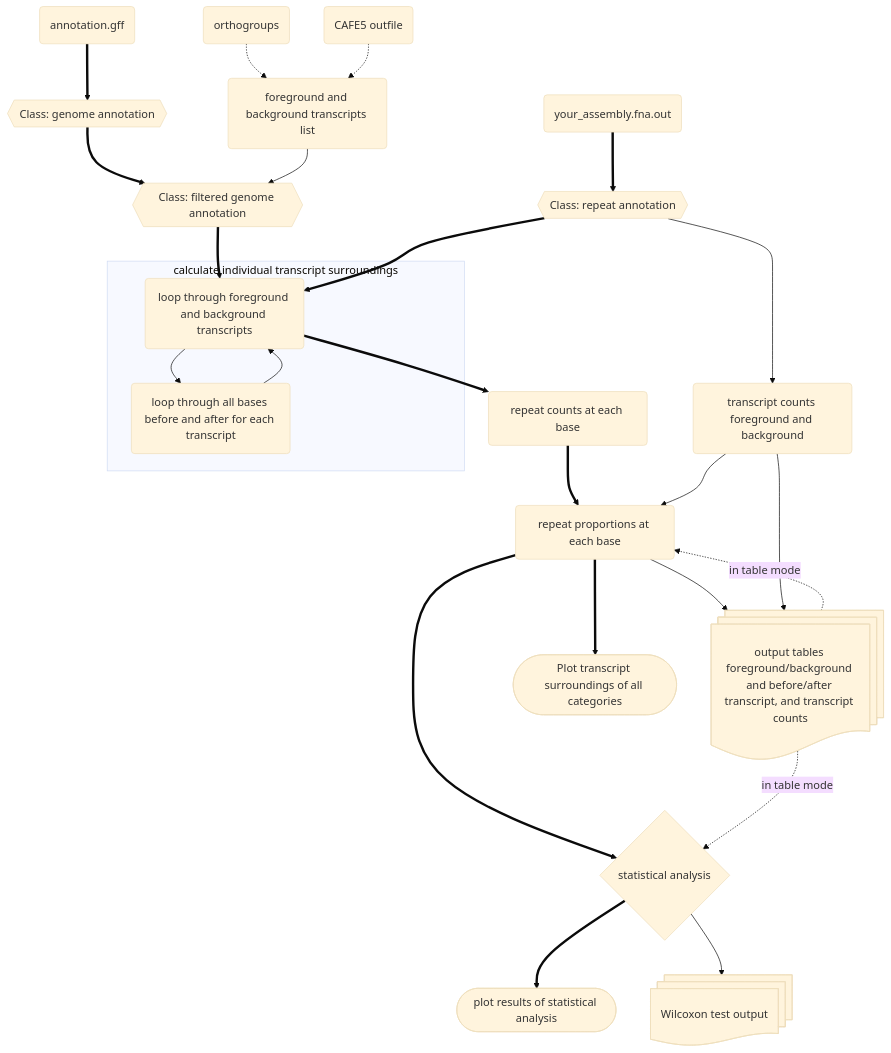
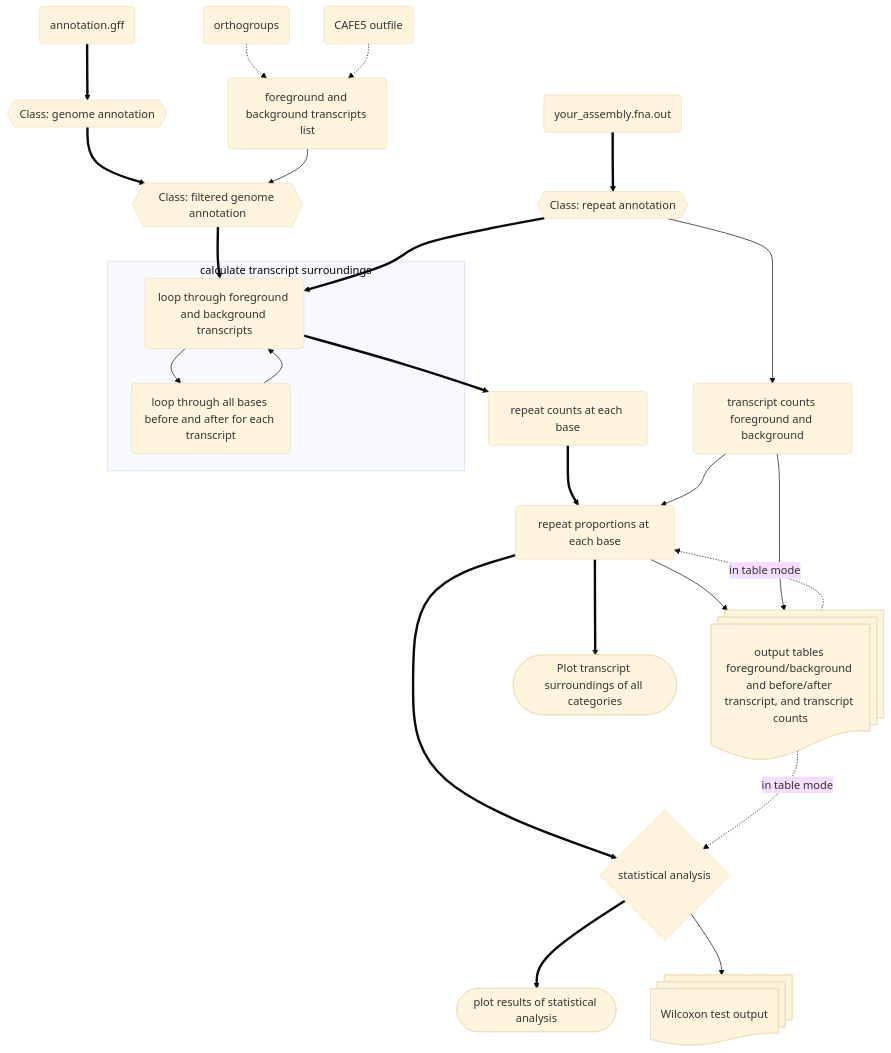
Before and after one commit to milena-t/ReVis: the second of 2 diagrams in README.md, drawn with Mermaid (base theme).

Commit message:
mermaiddiagramm

````diff
--- a/README.md
+++ b/README.md
@@ -269,42 +269,42 @@
 ```mermaid
 graph TD;
     infile_out(your_assembly.fna.out);
     infile_out ==> rep_annot{{Class: repeat annotation}};
     rep_annot --> tr_count(transcript counts foreground and background);
 
     infile_annot(annotation.gff);
     infile_annot ==> gene_annot{{Class: genome annotation}};
 
     OGs(orthogroups);
     CAFE(CAFE5 outfile);
 
     OGs -.-> tr_list(foreground and background transcripts list);
     CAFE -.-> tr_list
 
     gene_annot ==> filt_gene_annot{{Class: filtered genome annotation}};
     tr_list --> filt_gene_annot
     
     filt_gene_annot ==> loop_tr(loop through foreground and background transcripts);
     rep_annot ==> loop_tr
     loop_bp(loop through all bases before and after for each transcript);
-    subgraph calculate individual transcript surroundings
+    subgraph calculate transcript surroundings
     loop_tr --> loop_bp
     loop_bp --> loop_tr
     end
 
     loop_tr ==> rep_counts(repeat counts at each base);
     rep_counts ==> rep_prop(repeat proportions at each base);
     tr_count --> rep_prop
 
     rep_prop --> out_tab@{ shape: docs, label: "output tables foreground/background and before/after transcript, and transcript counts" };
     tr_count --> out_tab
 
     rep_prop ==> stats{statistical analysis};
     rep_prop ==> plot_all([Plot transcript surroundings of all categories])
 
     stats ==> stats_out([plot results of statistical analysis]) 
     stats --> stats_tab@{ shape: docs, label: "Wilcoxon test output" };
 
     out_tab -. in table mode .-> stats
     out_tab -. in table mode .-> rep_prop
 ```   
````
